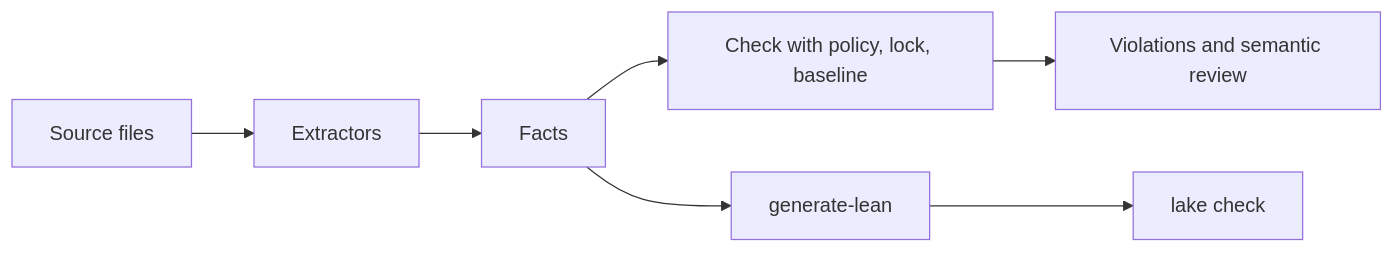
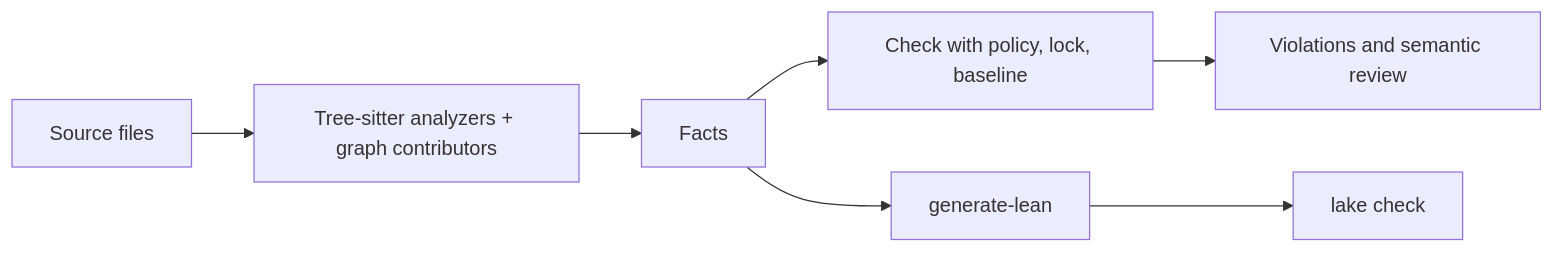
The diagram in README.md (DustinEwan/lintel), drawn with Mermaid before and after one commit. The commit also changed other lines of this file and 37 other files, not shown here.

First line of the commit message:
feat: unify normalized source graph facts

````diff
--- a/README.md
+++ b/README.md
@@ -58,9 +58,9 @@
 ```mermaid
 flowchart LR
-    S["Source files"] --> X["Extractors"]
+    S["Source files"] --> X["Tree-sitter analyzers + graph contributors"]
     X --> F["Facts"]
     F --> C["Check with policy, lock, baseline"]
     C --> V["Violations and semantic review"]
     F --> L["generate-lean"]
     L --> K["lake check"]
 ```
````
